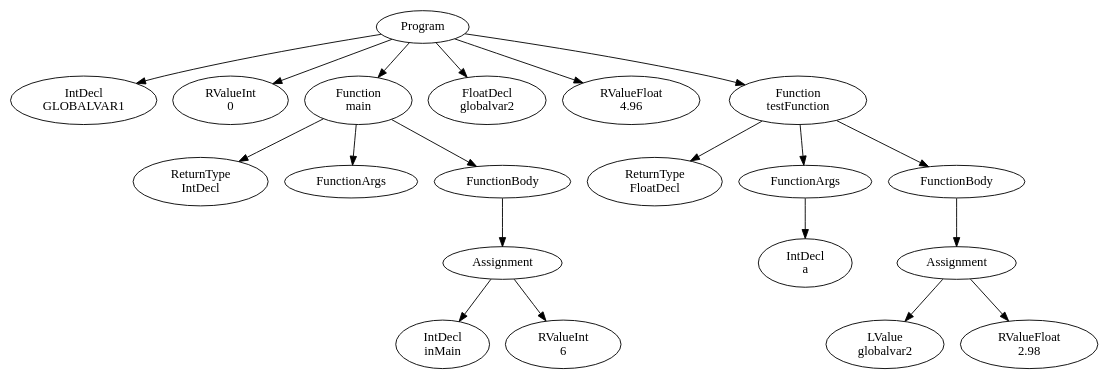
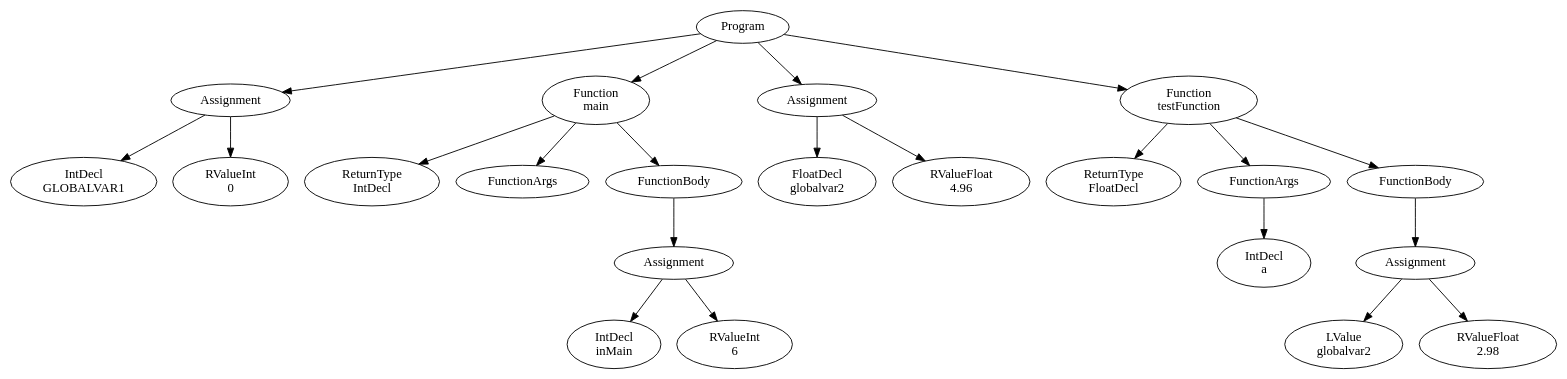
One commit to FedericoQuin/Compilers changed the diagram in official/res/solutions/global_vars.dot. Above: the diagram before and after it, drawn with Graphviz. The commit also changed 2 other files, not shown here.

Commit message:
Made distinction between decl and assignment of global vars + extension typechecking

```diff
--- a/official/res/solutions/global_vars.dot
+++ b/official/res/solutions/global_vars.dot
@@ -1,41 +1,45 @@
 digraph AST {
 4 [label="Program"];
-5 [label="IntDecl \nGLOBALVAR1"];
-6 [label="RValueInt \n0"];
-7 [label="Function \nmain"];
-8 [label="ReturnType \nIntDecl"];
-9 [label="FunctionArgs"];
-10 [label="FunctionBody"];
-11 [label="Assignment"];
-12 [label="IntDecl \ninMain"];
-13 [label="RValueInt \n6"];
+5 [label="Assignment"];
+6 [label="IntDecl \nGLOBALVAR1"];
+7 [label="RValueInt \n0"];
+5 -> 6;
+5 -> 7;
+8 [label="Function \nmain"];
+9 [label="ReturnType \nIntDecl"];
+10 [label="FunctionArgs"];
+11 [label="FunctionBody"];
+12 [label="Assignment"];
+13 [label="IntDecl \ninMain"];
+14 [label="RValueInt \n6"];
+12 -> 13;
+12 -> 14;
 11 -> 12;
-11 -> 13;
-10 -> 11;
-7 -> 8;
-7 -> 9;
-7 -> 10;
-14 [label="FloatDecl \nglobalvar2"];
-15 [label="RValueFloat \n4.96"];
-16 [label="Function \ntestFunction"];
-17 [label="ReturnType \nFloatDecl"];
-18 [label="FunctionArgs"];
-19 [label="IntDecl \na"];
+8 -> 9;
+8 -> 10;
+8 -> 11;
+15 [label="Assignment"];
+16 [label="FloatDecl \nglobalvar2"];
+17 [label="RValueFloat \n4.96"];
+15 -> 16;
+15 -> 17;
+18 [label="Function \ntestFunction"];
+19 [label="ReturnType \nFloatDecl"];
+20 [label="FunctionArgs"];
+21 [label="IntDecl \na"];
+20 -> 21;
+22 [label="FunctionBody"];
+23 [label="Assignment"];
+24 [label="LValue \nglobalvar2"];
+25 [label="RValueFloat \n2.98"];
+23 -> 24;
+23 -> 25;
+22 -> 23;
 18 -> 19;
-20 [label="FunctionBody"];
-21 [label="Assignment"];
-22 [label="LValue \nglobalvar2"];
-23 [label="RValueFloat \n2.98"];
-21 -> 22;
-21 -> 23;
-20 -> 21;
-16 -> 17;
-16 -> 18;
-16 -> 20;
+18 -> 20;
+18 -> 22;
 4 -> 5;
-4 -> 6;
-4 -> 7;
-4 -> 14;
+4 -> 8;
 4 -> 15;
-4 -> 16;
+4 -> 18;
 }
```
